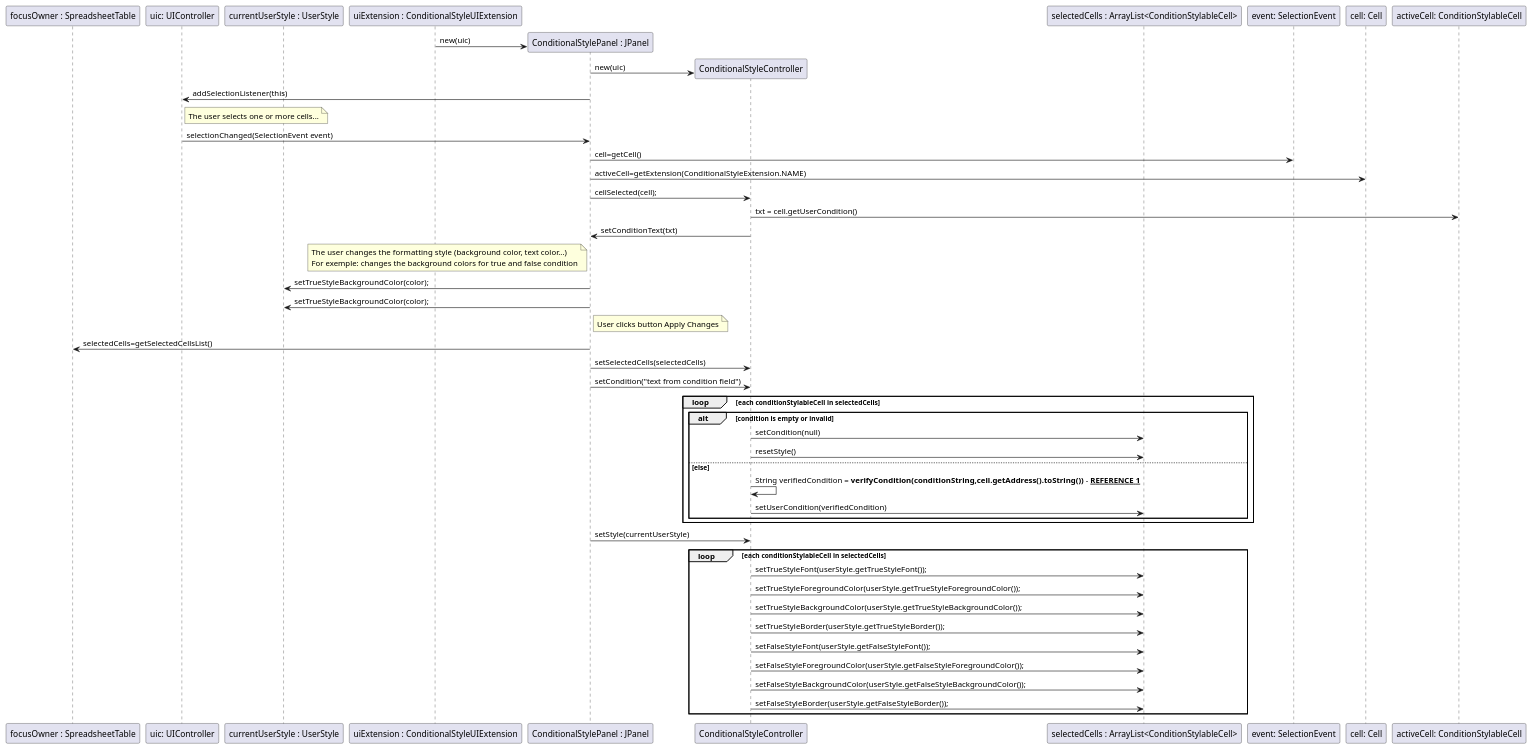
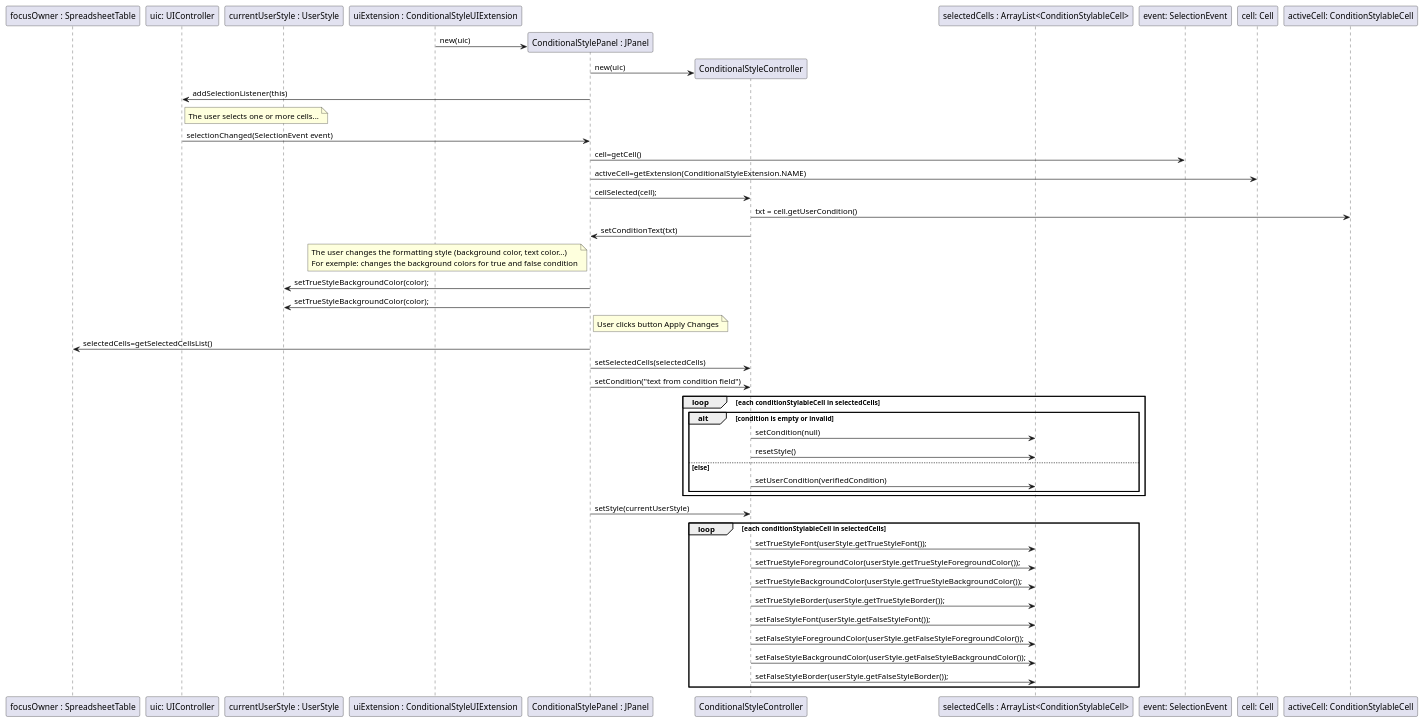
The diagram in src/main/java/lapr4/red/s2/lang/n1150943/conditionalFormatting/design.puml (MikeTekOn/lapr4-2017-2dd), drawn with PlantUML before and after one commit. The commit also changed 2 other files, not shown here.

Commit message:
LAPR4E17DD-222 #comment Updated analysis and diagrams

```diff
--- a/src/main/java/lapr4/red/s2/lang/n1150943/conditionalFormatting/design.puml
+++ b/src/main/java/lapr4/red/s2/lang/n1150943/conditionalFormatting/design.puml
@@ -1,72 +1,71 @@
 @startuml design.png
     participant "focusOwner : SpreadsheetTable" as st
     participant "uic: UIController" as uic
     participant "currentUserStyle : UserStyle" as us
     participant "uiExtension : ConditionalStyleUIExtension" as UIExt
     participant "ConditionalStylePanel : JPanel" as crp
     participant "ConditionalStyleController" as ctrl
     participant "selectedCells : ArrayList<ConditionStylableCell>" as csc
     participant "event: SelectionEvent" as event
     participant "cell: Cell" as cell
     participant "activeCell: ConditionStylableCell" as activeCell
 
     create crp
     UIExt -> crp :  new(uic)
 
     create ctrl
     crp -> ctrl : new(uic)
     crp -> uic : addSelectionListener(this)
 
     note right of uic
         The user selects one or more cells...
     end note
 
     uic -> crp : selectionChanged(SelectionEvent event)
     crp -> event : cell=getCell()
     crp -> cell : activeCell=getExtension(ConditionalStyleExtension.NAME)
 
     crp -> ctrl : cellSelected(cell);
     ctrl -> activeCell : txt = cell.getUserCondition()
     ctrl -> crp : setConditionText(txt)
 
     note left of crp
         The user changes the formatting style (background color, text color...)
         For exemple: changes the background colors for true and false condition
     end note
 
     crp -> us : setTrueStyleBackgroundColor(color);
     crp -> us : setTrueStyleBackgroundColor(color);
 
 
     note right of crp
     User clicks button Apply Changes
     end note
 
     crp -> st : selectedCells=getSelectedCellsList()
     crp -> ctrl : setSelectedCells(selectedCells)
     crp -> ctrl : setCondition("text from condition field")
 
     loop each conditionStylableCell in selectedCells
         alt condition is empty or invalid
              ctrl -> csc : setCondition(null)
              ctrl -> csc : resetStyle()
         else else
-            ctrl -> ctrl : String verifiedCondition = <b>verifyCondition(conditionString,cell.getAddress().toString())</b> - <b><u>REFERENCE 1</u></b>
             ctrl -> csc : setUserCondition(verifiedCondition)
         end
     end
 
     crp -> ctrl : setStyle(currentUserStyle)
 
     loop each conditionStylableCell in selectedCells
         ctrl -> csc : setTrueStyleFont(userStyle.getTrueStyleFont());
         ctrl -> csc : setTrueStyleForegroundColor(userStyle.getTrueStyleForegroundColor());
         ctrl -> csc : setTrueStyleBackgroundColor(userStyle.getTrueStyleBackgroundColor());
         ctrl -> csc : setTrueStyleBorder(userStyle.getTrueStyleBorder());
         ctrl -> csc : setFalseStyleFont(userStyle.getFalseStyleFont());
         ctrl -> csc : setFalseStyleForegroundColor(userStyle.getFalseStyleForegroundColor());
         ctrl -> csc : setFalseStyleBackgroundColor(userStyle.getFalseStyleBackgroundColor());
         ctrl -> csc : setFalseStyleBorder(userStyle.getFalseStyleBorder());
     end
 
 @enduml
```
